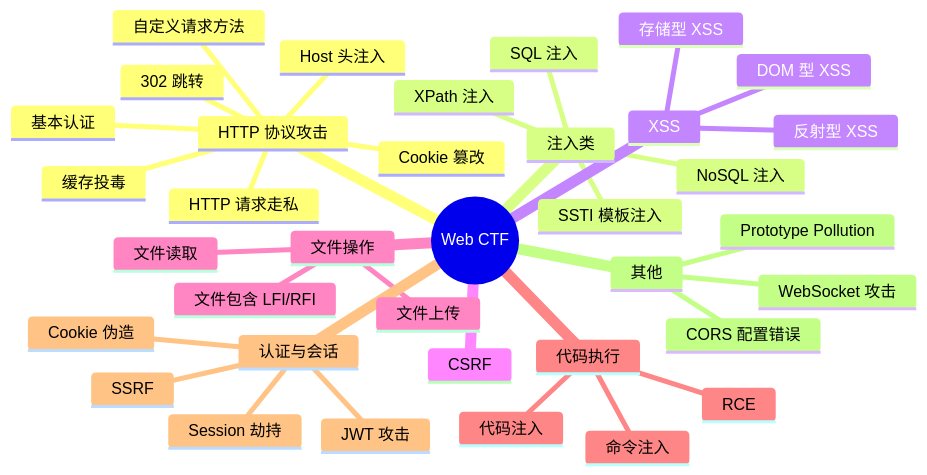
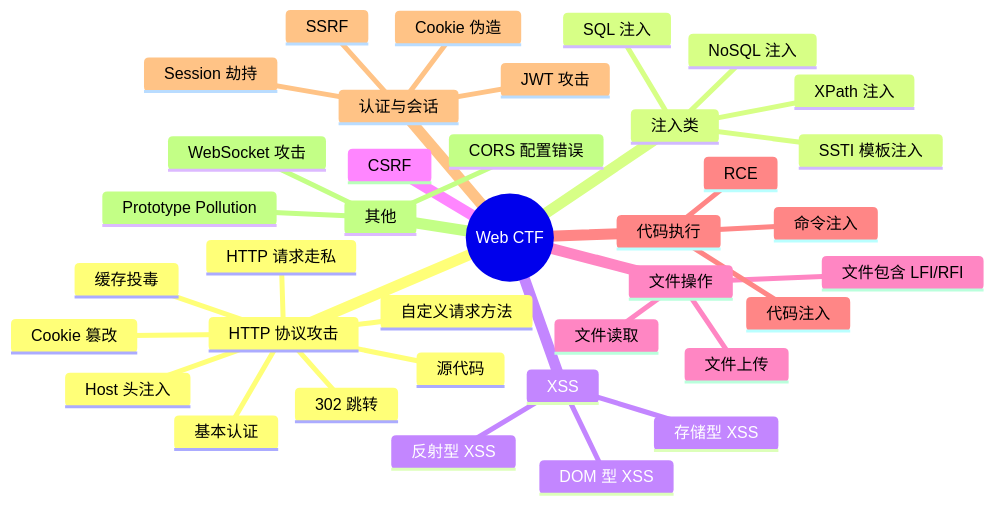
One commit to missercatos/RootStack changed the diagram in red_team/ctf_trea/Web/Web.md. Above: the diagram before and after it, drawn with Mermaid. The commit also changed 3 other files, not shown here.

````diff
--- a/red_team/ctf_trea/Web/Web.md
+++ b/red_team/ctf_trea/Web/Web.md
@@ -5,39 +5,40 @@
 ```mermaid
 mindmap
   root((Web CTF))
     HTTP 协议攻击
       自定义请求方法
       302 跳转
       Cookie 篡改
       基本认证
+      源代码
       Host 头注入
       HTTP 请求走私
       缓存投毒
     注入类
       SQL 注入
       NoSQL 注入
       XPath 注入
       SSTI 模板注入
     XSS
       反射型 XSS
       存储型 XSS
       DOM 型 XSS
     CSRF
     文件操作
       文件包含 LFI/RFI
       文件上传
       文件读取
     代码执行
       RCE
       命令注入
       代码注入
     认证与会话
       Cookie 伪造
       Session 劫持
       JWT 攻击
       SSRF
     其他
       CORS 配置错误
       WebSocket 攻击
       Prototype Pollution
 ```
````
